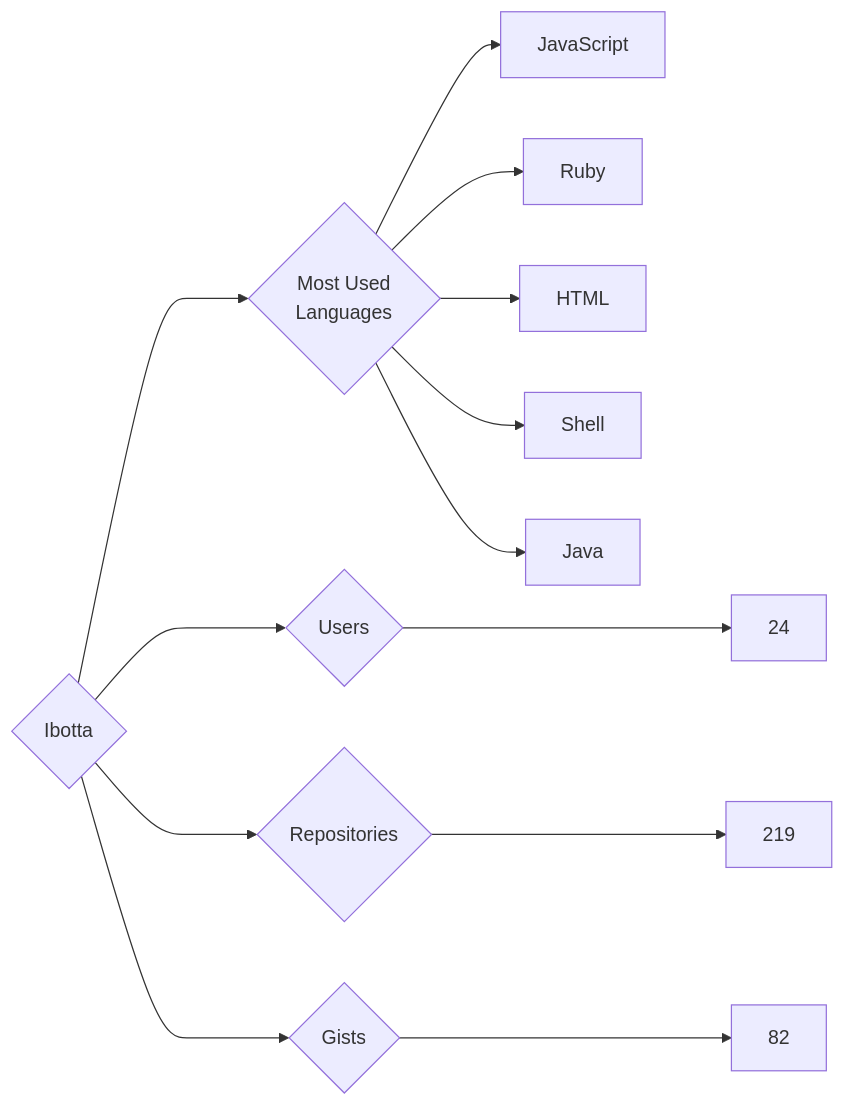
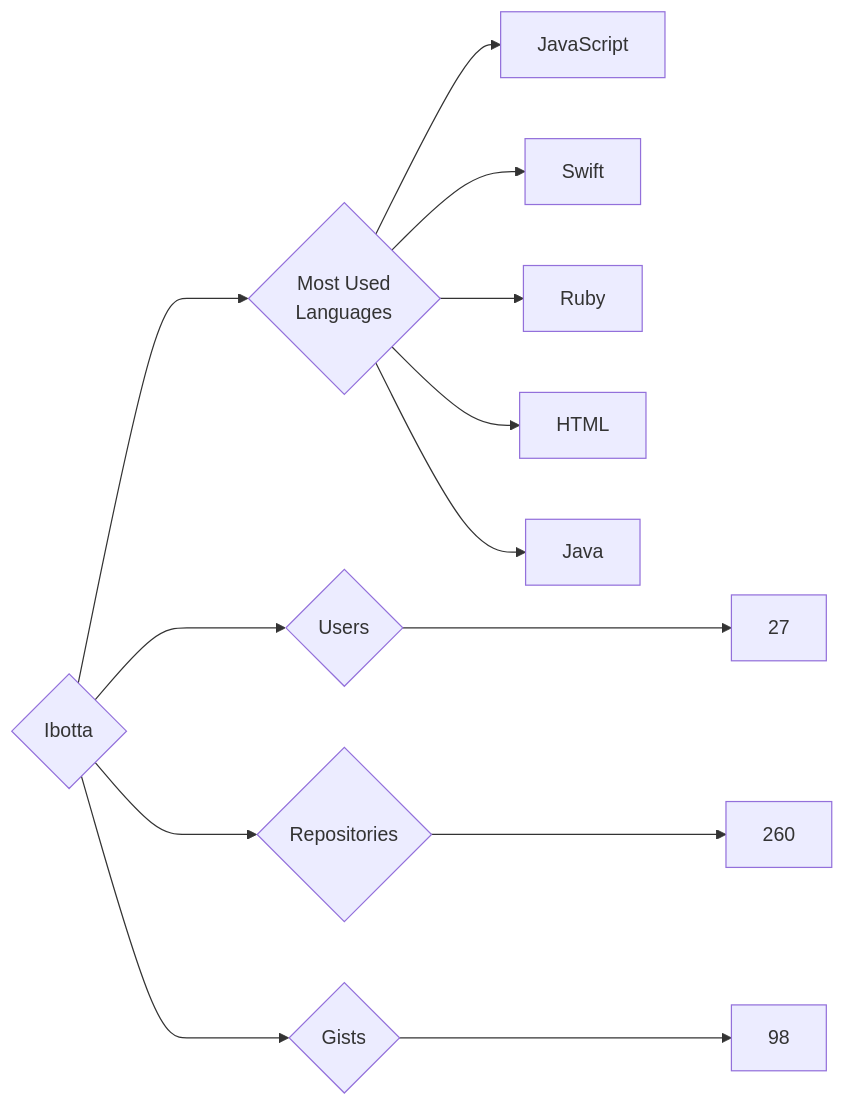
One commit to trickest/insiders changed the diagram in targets/Ibotta/README.md. Above: the diagram before and after it, drawn with Mermaid. The commit also changed 965 other files, not shown here.

````diff
--- a/targets/Ibotta/README.md
+++ b/targets/Ibotta/README.md
@@ -3,13 +3,13 @@
 ```mermaid
 graph LR
 COMPANY_NAME{Ibotta}
-COMPANY_NAME ---> U{Users} ---> UN[24]
-COMPANY_NAME ---> R{Repositories} ---> RN[219]
-COMPANY_NAME ---> G{Gists} ---> GN[82]
+COMPANY_NAME ---> U{Users} ---> UN[27]
+COMPANY_NAME ---> R{Repositories} ---> RN[260]
+COMPANY_NAME ---> G{Gists} ---> GN[98]
 COMPANY_NAME ---> ML{Most Used<br>Languages}
 ML --> JavaScript[JavaScript]
+ML --> Swift[Swift]
 ML --> Ruby[Ruby]
 ML --> HTML[HTML]
-ML --> Shell[Shell]
 ML --> Java[Java]
 ```
````
